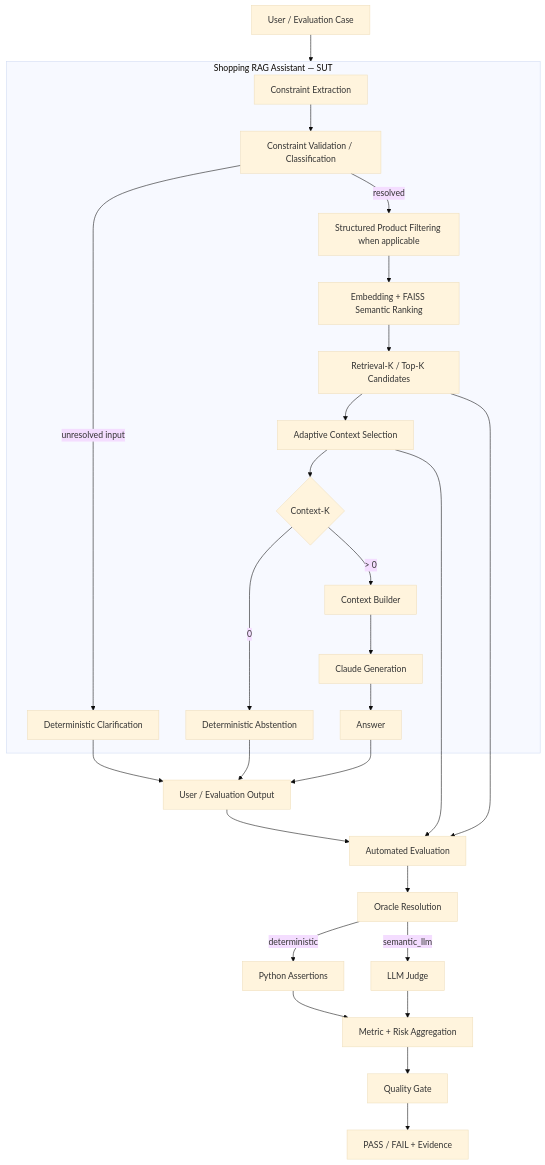
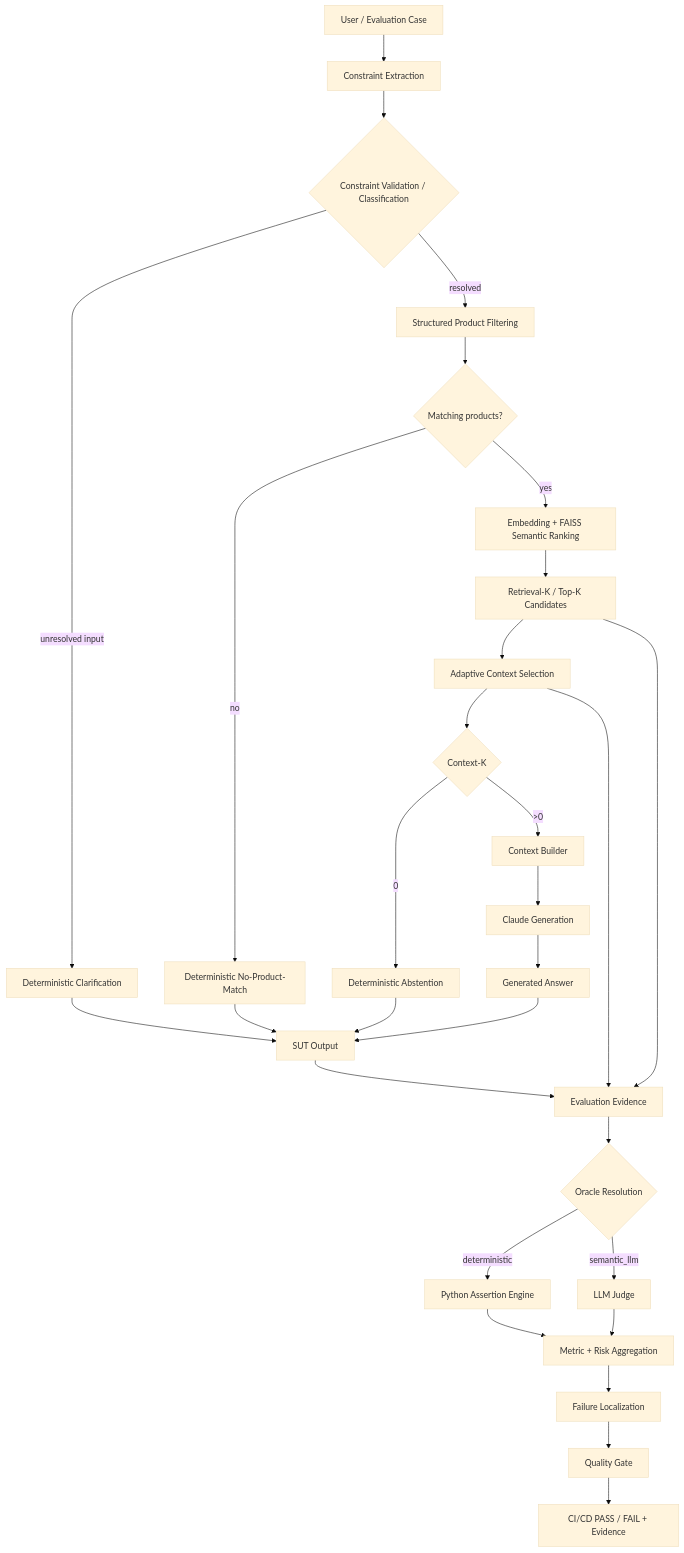
One commit to oleksandrserhieiev-beep/ai-qe-lab changed the first of 5 diagrams in docs/architecture.md. Above: the diagram before and after it, drawn with Mermaid (base theme). The commit also changed other lines of this file, not shown here.

Commit message:
Synchronize canonical architecture with current implementation

````diff
--- a/docs/architecture.md
+++ b/docs/architecture.md
@@ -13,33 +20,37 @@
 ```mermaid
 flowchart TD
-    U[User / Evaluation Case] --> SUT
+    U[User / Evaluation Case] --> CE[Constraint Extraction]
+    CE --> CV{Constraint Validation / Classification}
 
-    subgraph SUT[Shopping RAG Assistant — SUT]
-      CE[Constraint Extraction] --> CV[Constraint Validation / Classification]
-      CV -->|unresolved input| CL[Deterministic Clarification]
-      CV -->|resolved| SF[Structured Product Filtering when applicable]
-      SF --> SR[Embedding + FAISS Semantic Ranking]
-      SR --> RK[Retrieval-K / Top-K Candidates]
-      RK --> AS[Adaptive Context Selection]
-      AS --> CK{Context-K}
-      CK -->|0| AB[Deterministic Abstention]
-      CK -->|> 0| CB[Context Builder]
-      CB --> LLM[Claude Generation]
-      LLM --> ANS[Answer]
-    end
+    CV -->|unresolved input| CL[Deterministic Clarification]
+    CV -->|resolved| SF[Structured Product Filtering]
 
-    CL --> OUT[User / Evaluation Output]
+    SF --> HM{Matching products?}
+    HM -->|no| NM[Deterministic No-Product-Match]
+    HM -->|yes| SR[Embedding + FAISS Semantic Ranking]
+    SR --> RK[Retrieval-K / Top-K Candidates]
+    RK --> AS[Adaptive Context Selection]
+    AS --> CK{Context-K}
+
+    CK -->|0| AB[Deterministic Abstention]
+    CK -->|>0| CB[Context Builder]
+    CB --> LLM[Claude Generation]
+    LLM --> ANS[Generated Answer]
+
+    CL --> OUT[SUT Output]
+    NM --> OUT
     AB --> OUT
     ANS --> OUT
 
-    OUT --> EV[Automated Evaluation]
+    OUT --> EV[Evaluation Evidence]
     RK --> EV
     AS --> EV
-    EV --> OR[Oracle Resolution]
-    OR -->|deterministic| PY[Python Assertions]
+    EV --> OR{Oracle Resolution}
+    OR -->|deterministic| PY[Python Assertion Engine]
     OR -->|semantic_llm| J[LLM Judge]
     PY --> AG[Metric + Risk Aggregation]
     J --> AG
-    AG --> G[Quality Gate]
-    G --> CI[PASS / FAIL + Evidence]
+    AG --> LOC[Failure Localization]
+    LOC --> G[Quality Gate]
+    G --> CI[CI/CD PASS / FAIL + Evidence]
 ```
````
